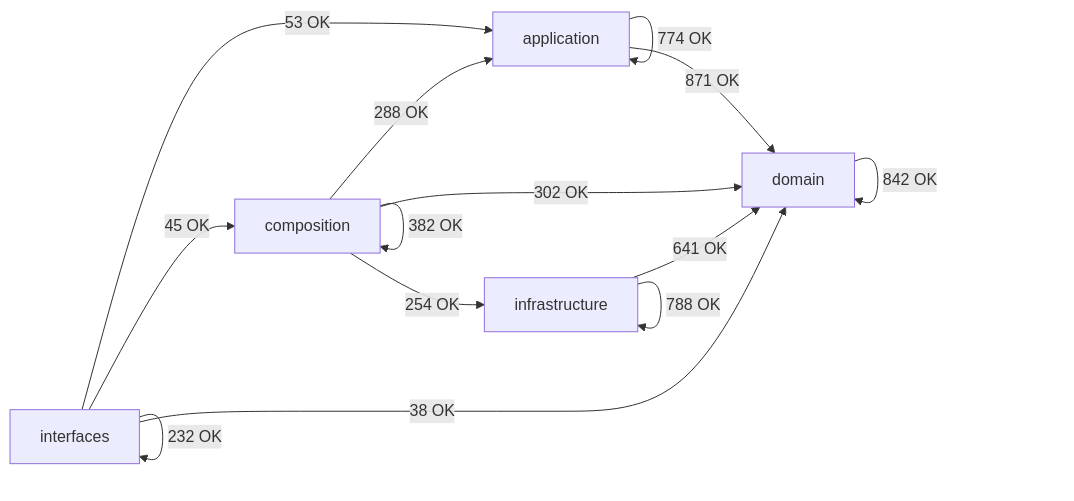
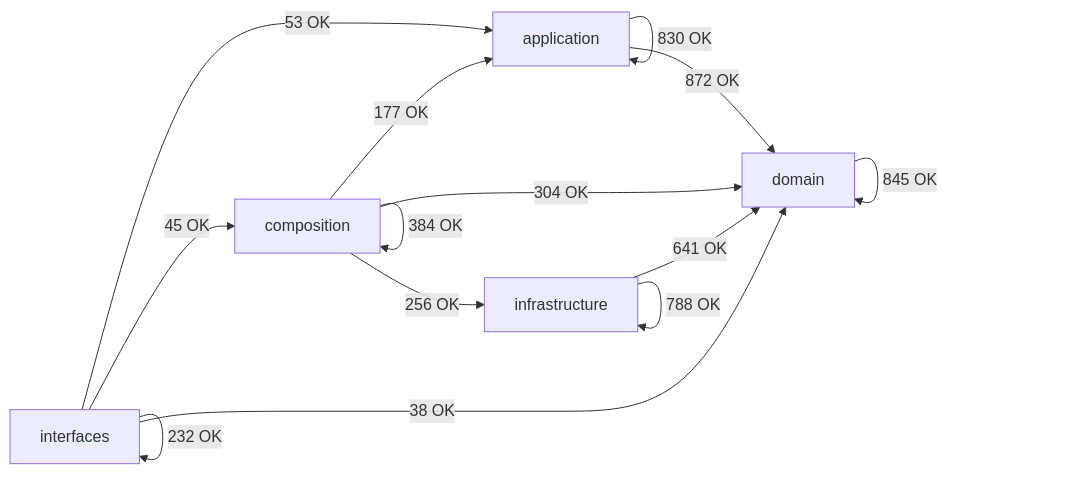
One commit to SatoryKono/BioactivityDataAcquisition changed the diagram in docs/02-architecture/generated/module-dependency-map.md. Above: the diagram before and after it, drawn with Mermaid. The commit also changed other lines of this file and 60 other files, not shown here.

````diff
--- a/docs/02-architecture/generated/module-dependency-map.md
+++ b/docs/02-architecture/generated/module-dependency-map.md
@@ -17,21 +17,21 @@
 ```mermaid
 flowchart LR
     domain[domain]
     application[application]
     infrastructure[infrastructure]
     composition[composition]
     interfaces[interfaces]
-    application -->|774 OK| application
-    application -->|871 OK| domain
-    composition -->|288 OK| application
-    composition -->|382 OK| composition
-    composition -->|302 OK| domain
-    composition -->|254 OK| infrastructure
-    domain -->|842 OK| domain
+    application -->|830 OK| application
+    application -->|872 OK| domain
+    composition -->|177 OK| application
+    composition -->|384 OK| composition
+    composition -->|304 OK| domain
+    composition -->|256 OK| infrastructure
+    domain -->|845 OK| domain
     infrastructure -->|641 OK| domain
     infrastructure -->|788 OK| infrastructure
     interfaces -->|53 OK| application
     interfaces -->|45 OK| composition
     interfaces -->|38 OK| domain
     interfaces -->|232 OK| interfaces
 ```
````
